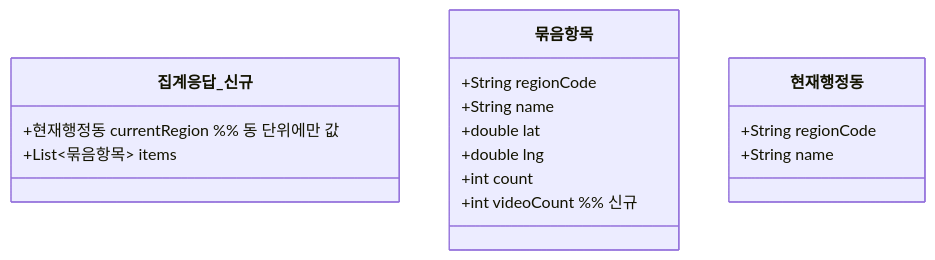
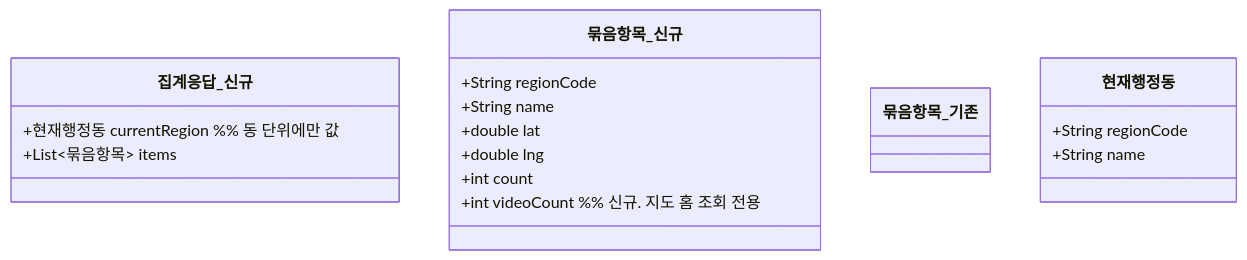
Before and after one commit to ASM-MSG/BE: the second of 2 diagrams in docs/prd/MSG-374-prd.md, drawn with Mermaid. The commit also changed other lines of this file, not shown here.

````diff
--- a/docs/prd/MSG-374-prd.md
+++ b/docs/prd/MSG-374-prd.md
@@ -68,19 +68,22 @@
 ```mermaid
 classDiagram
     class 집계응답_신규 {
         +현재행정동 currentRegion  %% 동 단위에만 값
         +List~묶음항목~ items
     }
-    class 묶음항목 {
+    class 묶음항목_신규 {
         +String regionCode
         +String name
         +double lat
         +double lng
         +int count
-        +int videoCount  %% 신규
+        +int videoCount  %% 신규. 지도 홈 조회 전용
+    }
+    class 묶음항목_기존 {
+        %% 친구 집계가 계속 쓰는 타입. 필드 불변
     }
     class 현재행정동 {
         +String regionCode
         +String name
     }
 ```
````
